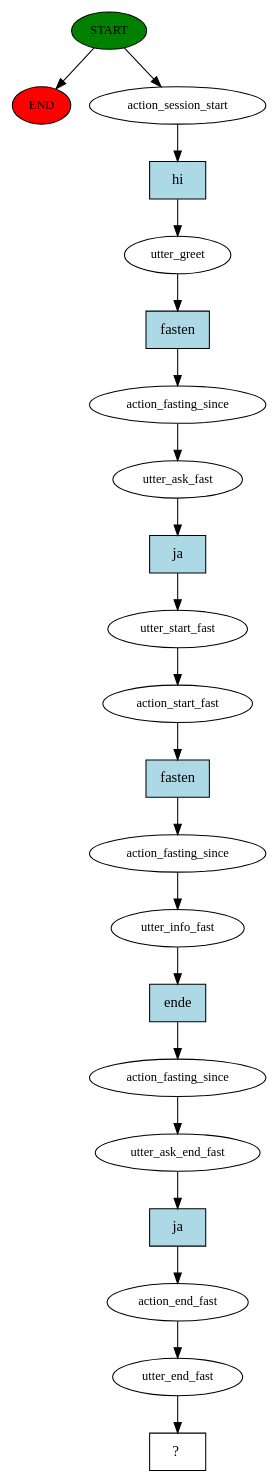
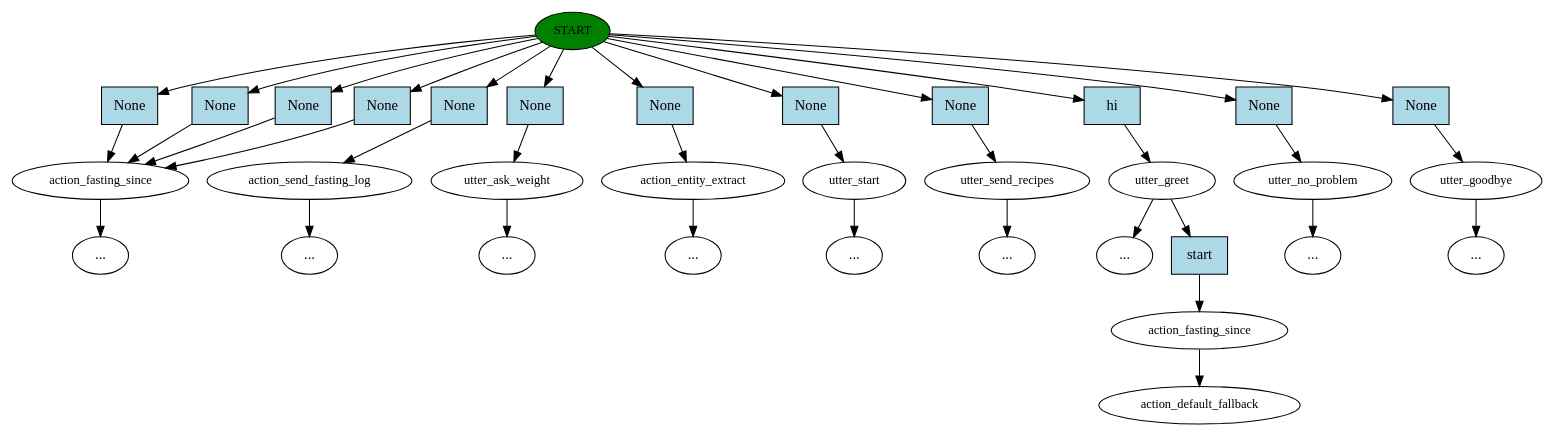
One commit to s0288/-DEPRECATED-aya changed the diagram in src/rasa/story_graph.dot. Above: the diagram before and after it, drawn with Graphviz. The commit also changed 15 other files, not shown here.

Commit message:
removed info fast and ffixed user error msgs

```diff
--- a/src/rasa/story_graph.dot
+++ b/src/rasa/story_graph.dot
@@ -1,43 +1,72 @@
 digraph  {
 0 [class="start active", fillcolor=green, fontsize=12, label=START, style=filled];
-"-1" [class=end, fillcolor=red, fontsize=12, label=END, style=filled];
-1 [class=active, fontsize=12, label=action_session_start];
-2 [class=active, fontsize=12, label=utter_greet];
-3 [class=active, fontsize=12, label=action_fasting_since];
-4 [class=active, fontsize=12, label=utter_ask_fast];
-5 [class=active, fontsize=12, label=utter_start_fast];
-6 [class=active, fontsize=12, label=action_start_fast];
-7 [class=active, fontsize=12, label=action_fasting_since];
-8 [class=active, fontsize=12, label=utter_info_fast];
-9 [class=active, fontsize=12, label=action_fasting_since];
-10 [class=active, fontsize=12, label=utter_ask_end_fast];
-11 [class=active, fontsize=12, label=action_end_fast];
-12 [class=active, fontsize=12, label=utter_end_fast];
-13 [class="intent dashed active", label="  ?  ", shape=rect];
-14 [class="intent active", fillcolor=lightblue, label=hi, shape=rect, style=filled];
-15 [class="intent active", fillcolor=lightblue, label=fasten, shape=rect, style=filled];
-16 [class="intent active", fillcolor=lightblue, label=ja, shape=rect, style=filled];
-17 [class="intent active", fillcolor=lightblue, label=fasten, shape=rect, style=filled];
-18 [class="intent active", fillcolor=lightblue, label=ende, shape=rect, style=filled];
-19 [class="intent active", fillcolor=lightblue, label=ja, shape=rect, style=filled];
-0 -> "-1"  [class="", key=NONE, label=""];
-0 -> 1  [class=active, key=NONE, label=""];
-1 -> 14  [class=active, key=0];
-2 -> 15  [class=active, key=0];
-3 -> 4  [class=active, key=NONE, label=""];
-4 -> 16  [class=active, key=0];
-5 -> 6  [class=active, key=NONE, label=""];
-6 -> 17  [class=active, key=0];
-7 -> 8  [class=active, key=NONE, label=""];
-8 -> 18  [class=active, key=0];
-9 -> 10  [class=active, key=NONE, label=""];
-10 -> 19  [class=active, key=0];
-11 -> 12  [class=active, key=NONE, label=""];
-12 -> 13  [class=active, key=NONE, label=""];
-14 -> 2  [class=active, key=0];
-15 -> 3  [class=active, key=0];
-16 -> 5  [class=active, key=0];
-17 -> 7  [class=active, key=0];
-18 -> 9  [class=active, key=0];
-19 -> 11  [class=active, key=0];
+1 [class="", fontsize=12, label=action_fasting_since];
+7 [class="", fontsize=12, label=action_send_fasting_log];
+"-9" [class=ellipsis, label="..."];
+8 [class="", fontsize=12, label=utter_ask_weight];
+"-11" [class=ellipsis, label="..."];
+10 [class="", fontsize=12, label=action_entity_extract];
+"-12" [class=ellipsis, label="..."];
+11 [class="", fontsize=12, label=utter_start];
+"-13" [class=ellipsis, label="..."];
+12 [class="", fontsize=12, label=utter_send_recipes];
+"-14" [class=ellipsis, label="..."];
+13 [class=active, fontsize=12, label=utter_greet];
+"-17" [class=ellipsis, label="..."];
+16 [class="", fontsize=12, label=utter_no_problem];
+"-18" [class=ellipsis, label="..."];
+17 [class="", fontsize=12, label=utter_goodbye];
+"-19" [class=ellipsis, label="..."];
+"-22" [class=ellipsis, label="..."];
+22 [class=active, fontsize=12, label=action_fasting_since];
+23 [class="dashed active", fontsize=12, label=action_default_fallback];
+24 [class=intent, fillcolor=lightblue, label=None, shape=rect, style=filled];
+25 [class=intent, fillcolor=lightblue, label=None, shape=rect, style=filled];
+26 [class=intent, fillcolor=lightblue, label=None, shape=rect, style=filled];
+27 [class=intent, fillcolor=lightblue, label=None, shape=rect, style=filled];
+28 [class=intent, fillcolor=lightblue, label=None, shape=rect, style=filled];
+29 [class=intent, fillcolor=lightblue, label=None, shape=rect, style=filled];
+30 [class=intent, fillcolor=lightblue, label=None, shape=rect, style=filled];
+31 [class=intent, fillcolor=lightblue, label=None, shape=rect, style=filled];
+32 [class=intent, fillcolor=lightblue, label=None, shape=rect, style=filled];
+33 [class="intent active", fillcolor=lightblue, label=hi, shape=rect, style=filled];
+34 [class=intent, fillcolor=lightblue, label=None, shape=rect, style=filled];
+35 [class=intent, fillcolor=lightblue, label=None, shape=rect, style=filled];
+36 [class="intent active", fillcolor=lightblue, label=start, shape=rect, style=filled];
+0 -> 24  [class="", key=0];
+0 -> 25  [class="", key=0];
+0 -> 26  [class="", key=0];
+0 -> 27  [class="", key=0];
+0 -> 28  [class="", key=0];
+0 -> 29  [class="", key=0];
+0 -> 30  [class="", key=0];
+0 -> 31  [class="", key=0];
+0 -> 32  [class="", key=0];
+0 -> 33  [class=active, key=0];
+0 -> 34  [class="", key=0];
+0 -> 35  [class="", key=0];
+1 -> "-22"  [class="", key=NONE, label=""];
+7 -> "-9"  [class="", key=NONE, label=""];
+8 -> "-11"  [class="", key=NONE, label=""];
+10 -> "-12"  [class="", key=NONE, label=""];
+11 -> "-13"  [class="", key=NONE, label=""];
+12 -> "-14"  [class="", key=NONE, label=""];
+13 -> "-17"  [class="", key=NONE, label=""];
+13 -> 36  [class=active, key=0];
+16 -> "-18"  [class="", key=NONE, label=""];
+17 -> "-19"  [class="", key=NONE, label=""];
+22 -> 23  [class=active, key=NONE, label=""];
+24 -> 1  [class="", key=0];
+25 -> 1  [class="", key=0];
+26 -> 1  [class="", key=0];
+27 -> 1  [class="", key=0];
+28 -> 7  [class="", key=0];
+29 -> 8  [class="", key=0];
+30 -> 10  [class="", key=0];
+31 -> 11  [class="", key=0];
+32 -> 12  [class="", key=0];
+33 -> 13  [class=active, key=0];
+34 -> 16  [class="", key=0];
+35 -> 17  [class="", key=0];
+36 -> 22  [class=active, key=0];
 }
```
